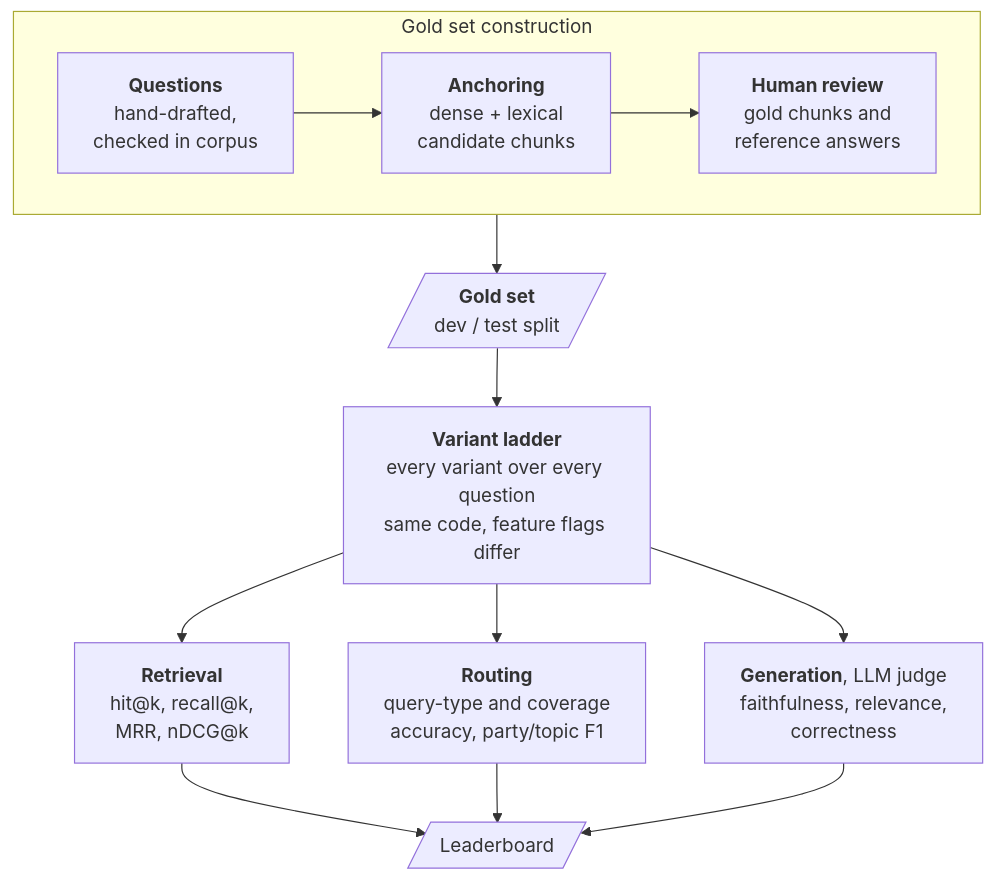
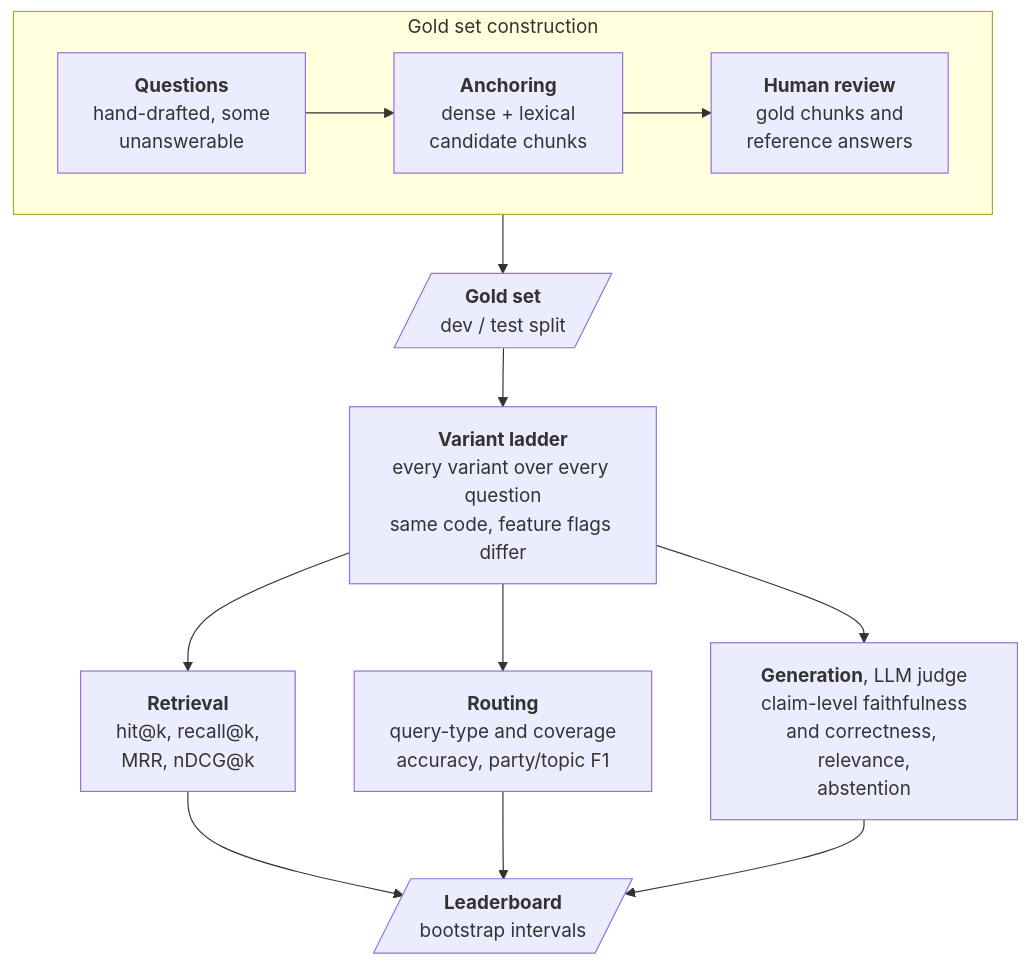
One commit to afonsoni/thesis changed the fifth of 5 diagrams in docs/architecture.md. Above: the diagram before and after it, drawn with Mermaid. The commit also changed other lines of this file and 6 other files, not shown here.

First line of the commit message:
docs(architecture): bring the diagrams up to date with the pipeline

````diff
--- a/docs/architecture.md
+++ b/docs/architecture.md
@@ -219,19 +215,19 @@
 ```mermaid
 flowchart TD
     subgraph GS["Gold set construction"]
         direction LR
-        C["<b>Questions</b><br/>hand-drafted,<br/>checked in corpus"] --> A["<b>Anchoring</b><br/>dense + lexical<br/>candidate chunks"] --> R["<b>Human review</b><br/>gold chunks and<br/>reference answers"]
+        C["<b>Questions</b><br/>hand-drafted, some<br/>unanswerable"] --> A["<b>Anchoring</b><br/>dense + lexical<br/>candidate chunks"] --> R["<b>Human review</b><br/>gold chunks and<br/>reference answers"]
     end
 
     G[/"<b>Gold set</b><br/>dev / test split"/]
 
     RUN["<b>Variant ladder</b><br/>every variant over every question<br/>same code, feature flags differ"]
     MR["<b>Retrieval</b><br/>hit@k, recall@k,<br/>MRR, nDCG@k"]
     MO["<b>Routing</b><br/>query-type and coverage<br/>accuracy, party/topic F1"]
-    MG["<b>Generation</b>, LLM judge<br/>faithfulness, relevance,<br/>correctness"]
-    LB[/"Leaderboard"/]
+    MG["<b>Generation</b>, LLM judge<br/>claim-level faithfulness<br/>and correctness, relevance,<br/>abstention"]
+    LB[/"<b>Leaderboard</b><br/>bootstrap intervals"/]
 
     GS --> G --> RUN
     RUN --> MR & MO & MG
     MR & MO & MG --> LB
 ```
````
